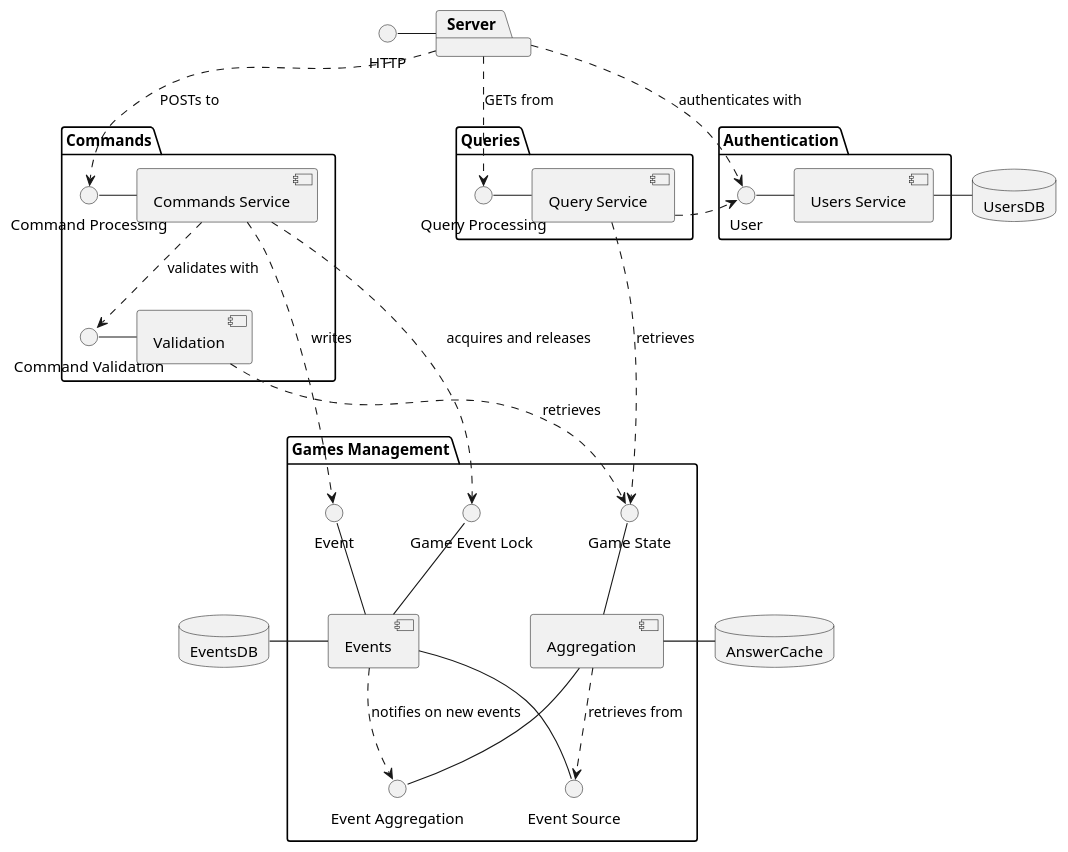
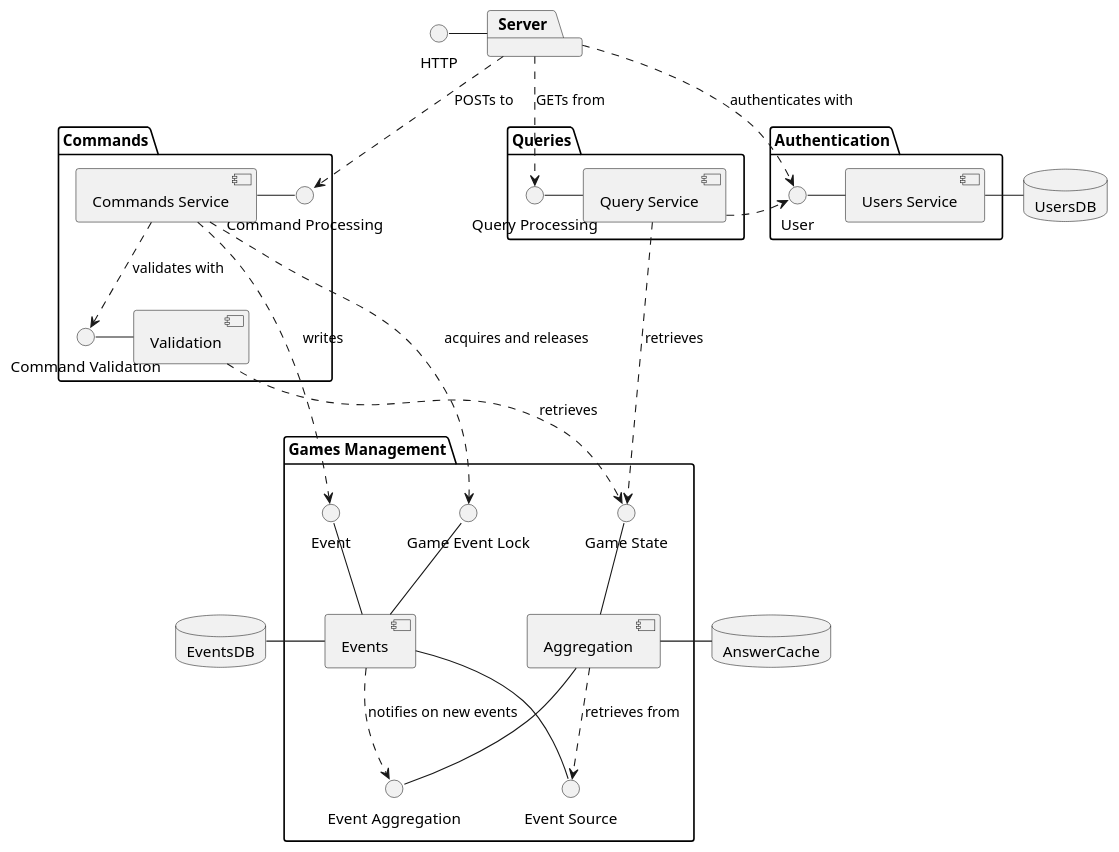
Before and after one commit to gnidan/foodtastechess-docs: the second of 2 diagrams in design/architecture.rst, drawn with PlantUML.

Commit message:
Moving an interface

```diff
--- a/design/architecture.rst
+++ b/design/architecture.rst
@@ -87,68 +87,68 @@
 .. uml::
     interface HTTP
 
     package "Server" {
         HTTP - [Server]
     }
     package "Commands" {
         interface "Command Validation" as CommandValidation
         interface "Command Processing" as CommandProcessing
         component [Commands Service] as CommandService
 
-        CommandProcessing - CommandService
+        CommandProcessing -left- CommandService
         CommandService ..> CommandValidation : validates with
         CommandValidation - [Validation]
     }
     [Server] ..> CommandProcessing : POSTs to
 
     package "Queries" {
         interface "Query Processing" as QueryProcessing
         component [Query Service] as QueryService
         QueryProcessing - QueryService
     }
     [Server] ..> QueryProcessing : GETs from
 
     package "Authentication" {
         interface User
         component "Users Service" as UserService
         User - UserService
     }
     [Server] ..> User : authenticates with
 
     database UsersDB
     UserService - UsersDB
 
     QueryService .right.> User
 
     package "Games Management" {
         interface "Event Aggregation" as EventAggregation
         interface "Event Source" as EventSource
         interface "Event" as Event
         interface "Game State" as GameState
         interface "Game Event Lock" as GameLock
 
         Event -down- [Events]
         GameLock -down- [Events]
         EventSource -up- [Events]
 
         GameState -down- [Aggregation]
         EventAggregation -up- [Aggregation]
 
         [Events]
         [Aggregation]
         [Events] ..> EventAggregation : notifies on new events
         [Aggregation] ..> EventSource : retrieves from
     }
 
     CommandService ..> Event : writes
     CommandService ..> GameLock : acquires and releases
 
 
     [Validation] ..> GameState : retrieves
     QueryService ..> GameState : retrieves
 
     database EventsDB
     [Events] -left- EventsDB
 
     database AnswerCache
     [Aggregation] -right- AnswerCache
```
